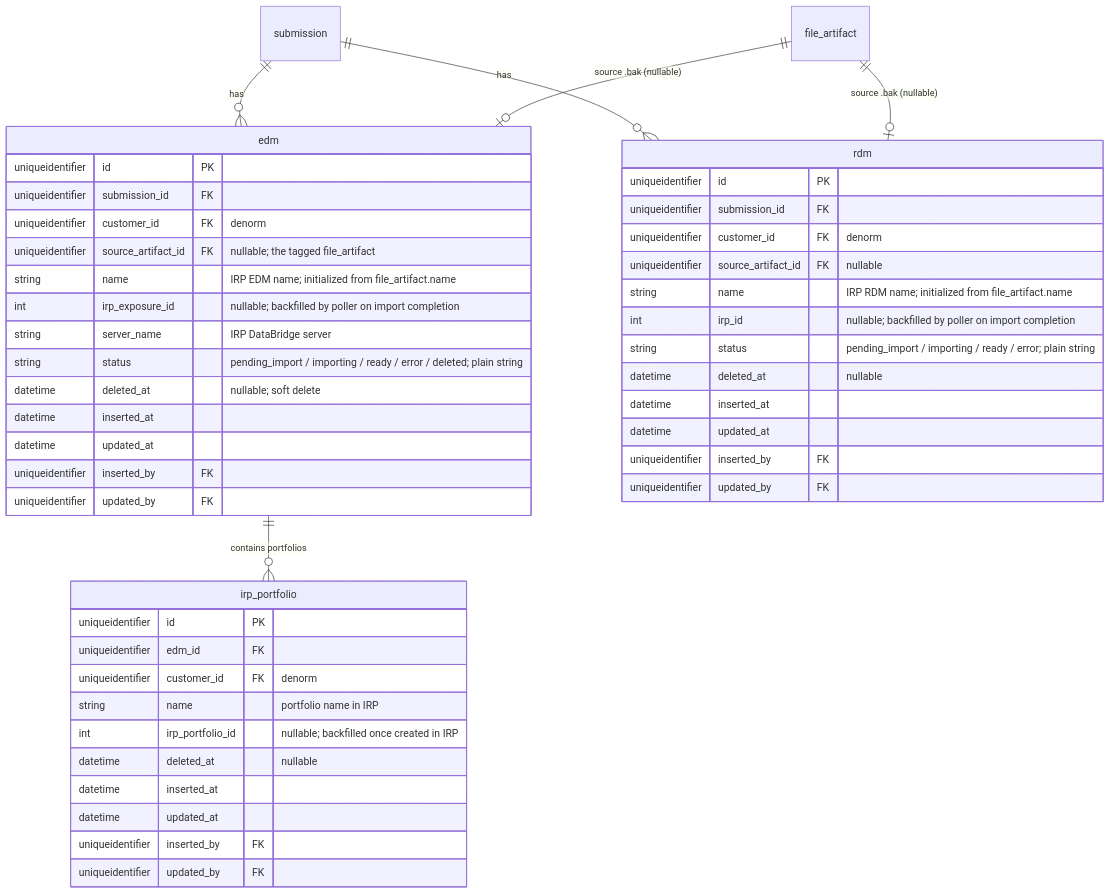
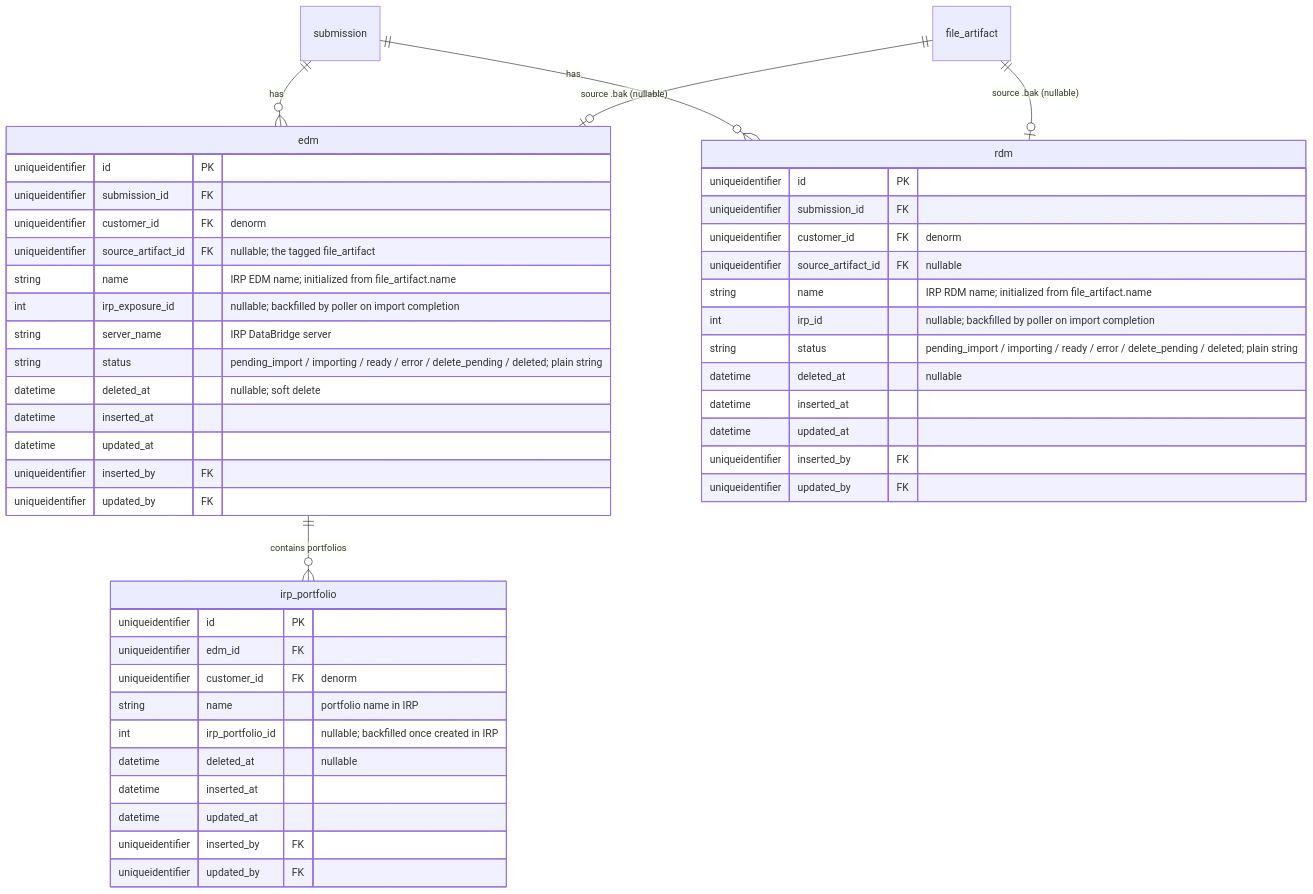
One commit to anilvenugopal/risk-workbench changed the third of 12 diagrams in docs/DATA_MODEL.md. Above: the diagram before and after it, drawn with Mermaid. The commit also changed other lines of this file and 1 other file, not shown here.

````diff
--- a/docs/DATA_MODEL.md
+++ b/docs/DATA_MODEL.md
@@ -248,50 +298,50 @@
 ```mermaid
 erDiagram
   submission ||--o{ edm : has
   submission ||--o{ rdm : has
   file_artifact ||--o| edm : "source .bak (nullable)"
   file_artifact ||--o| rdm : "source .bak (nullable)"
   edm ||--o{ irp_portfolio : "contains portfolios"
 
   edm {
     uniqueidentifier id PK
     uniqueidentifier submission_id FK
     uniqueidentifier customer_id FK "denorm"
     uniqueidentifier source_artifact_id FK "nullable; the tagged file_artifact"
     string name "IRP EDM name; initialized from file_artifact.name"
     int irp_exposure_id "nullable; backfilled by poller on import completion"
     string server_name "IRP DataBridge server"
-    string status "pending_import / importing / ready / error / deleted; plain string"
+    string status "pending_import / importing / ready / error / delete_pending / deleted; plain string"
     datetime deleted_at "nullable; soft delete"
     datetime inserted_at
     datetime updated_at
     uniqueidentifier inserted_by FK
     uniqueidentifier updated_by FK
   }
   rdm {
     uniqueidentifier id PK
     uniqueidentifier submission_id FK
     uniqueidentifier customer_id FK "denorm"
     uniqueidentifier source_artifact_id FK "nullable"
     string name "IRP RDM name; initialized from file_artifact.name"
     int irp_id "nullable; backfilled by poller on import completion"
-    string status "pending_import / importing / ready / error; plain string"
+    string status "pending_import / importing / ready / error / delete_pending / deleted; plain string"
     datetime deleted_at "nullable"
     datetime inserted_at
     datetime updated_at
     uniqueidentifier inserted_by FK
     uniqueidentifier updated_by FK
   }
   irp_portfolio {
     uniqueidentifier id PK
     uniqueidentifier edm_id FK
     uniqueidentifier customer_id FK "denorm"
     string name "portfolio name in IRP"
     int irp_portfolio_id "nullable; backfilled once created in IRP"
     datetime deleted_at "nullable"
     datetime inserted_at
     datetime updated_at
     uniqueidentifier inserted_by FK
     uniqueidentifier updated_by FK
   }
 ```
````
